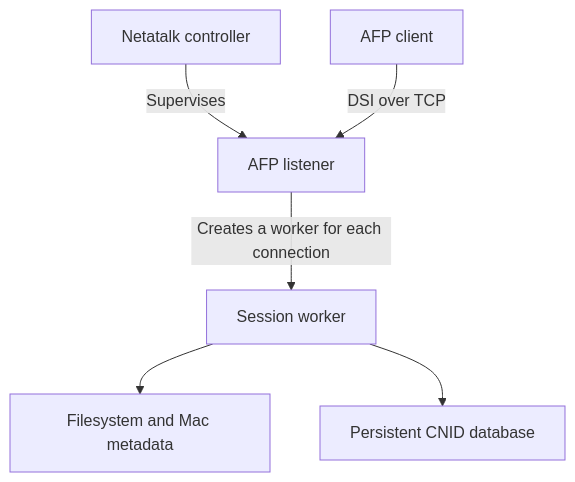
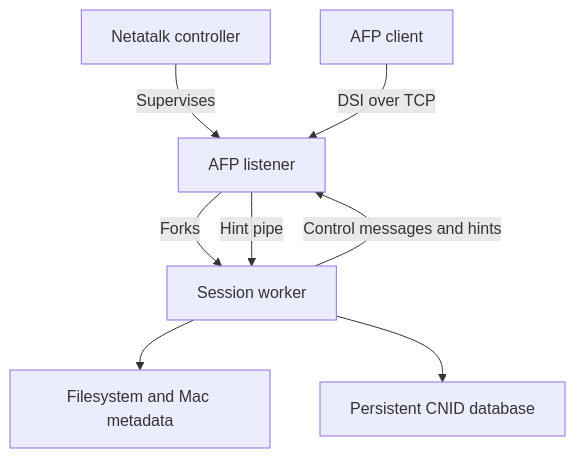
The diagram in doc/developer/developer.md (Netatalk/netatalk), drawn with Mermaid before and after one commit. The commit also changed other lines of this file and 17 other files, not shown here.

````diff
--- a/doc/developer/developer.md
+++ b/doc/developer/developer.md
@@ -33,8 +24,10 @@
 ```mermaid
 flowchart TD
-    Controller["Netatalk controller"] -->|Supervises| Listener["AFP listener"]
-    Client["AFP client"] -->|DSI over TCP| Listener
-    Listener -->|Creates a worker for each connection| Worker["Session worker"]
-    Worker --> Filesystem["Filesystem and Mac metadata"]
-    Worker --> CNID["Persistent CNID database"]
+    Controller[Netatalk controller] -->|Supervises| Listener[AFP listener]
+    Client[AFP client] -->|DSI over TCP| Listener
+    Listener -->|Forks| Worker[Session worker]
+    Worker --> Files[Filesystem and Mac metadata]
+    Worker --> CNID[Persistent CNID database]
+    Worker -->|Control messages and hints| Listener
+    Listener -->|Hint pipe| Worker
 ```
````
